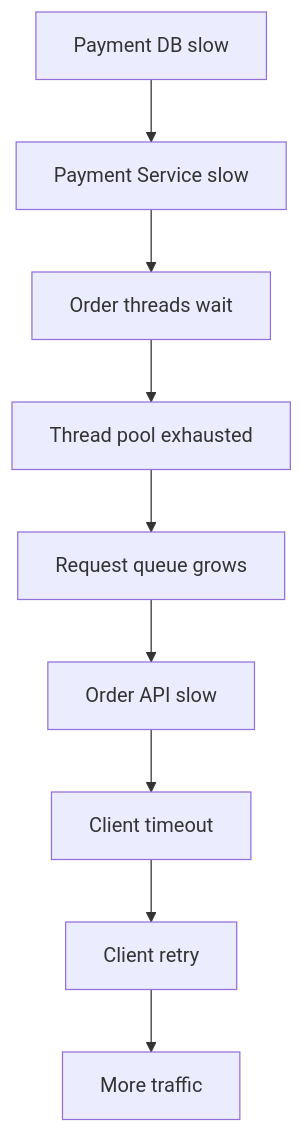
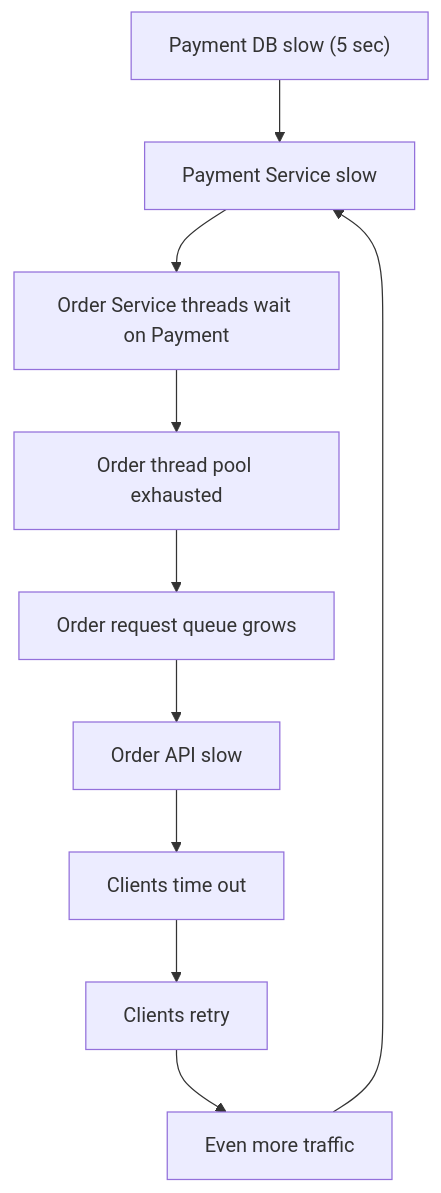
Diagram 17 of 29 in files/08-edge-cases/Tier-1-Production-Failures.md (pankajThakur1874/studysheet), drawn with Mermaid before and after one commit. The commit also changed other lines of this file and 5 other files, not shown here.

````diff
--- a/files/08-edge-cases/Tier-1-Production-Failures.md
+++ b/files/08-edge-cases/Tier-1-Production-Failures.md
@@ -643,11 +755,12 @@
 ```mermaid
 flowchart TD
-    A["Payment DB slow"] --> B["Payment Service slow"]
-    B --> C["Order threads wait"]
-    C --> D["Thread pool exhausted"]
-    D --> E["Request queue grows"]
+    A["Payment DB slow (5 sec)"] --> B["Payment Service slow"]
+    B --> C["Order Service threads wait on Payment"]
+    C --> D["Order thread pool exhausted"]
+    D --> E["Order request queue grows"]
     E --> F["Order API slow"]
-    F --> G["Client timeout"]
-    G --> H["Client retry"]
-    H --> I["More traffic"]
+    F --> G["Clients time out"]
+    G --> H["Clients retry"]
+    H --> I["Even more traffic"]
+    I --> B
 ```
````
